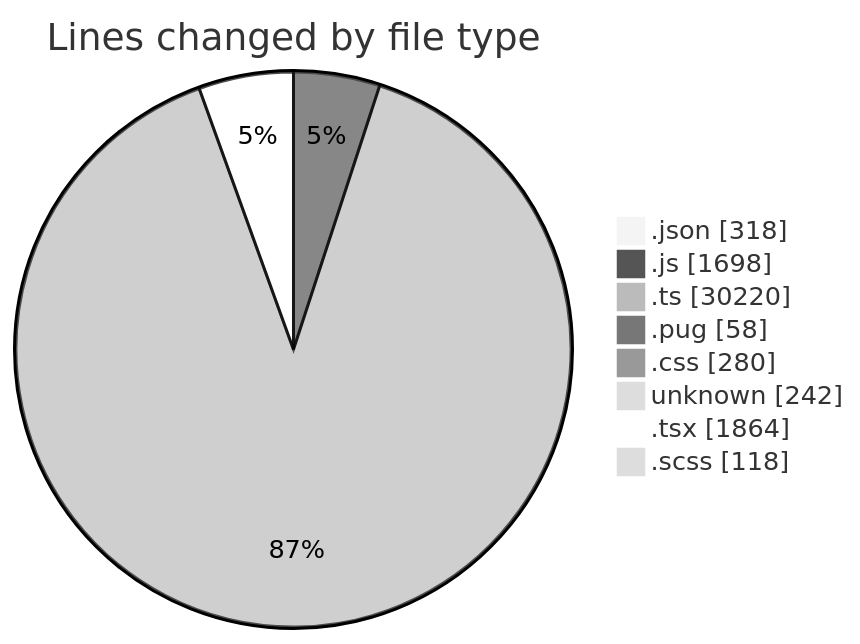
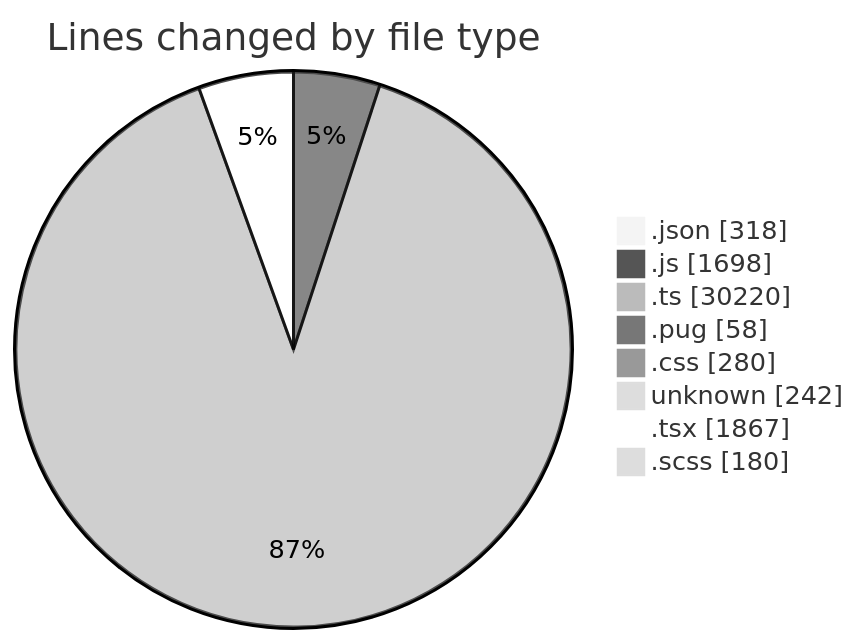
The first of 2 diagrams in 2026-06-02/cda/README.md (momahboobian/code-tracking), drawn with Mermaid (neutral theme) before and after one commit. The commit also changed other lines of this file and 1 other file, not shown here.

````diff
--- a/2026-06-02/cda/README.md
+++ b/2026-06-02/cda/README.md
@@ -66,12 +66,12 @@
 ```mermaid
 pie showData
 title Lines changed by file type
 ".json" : 318
 ".js" : 1698
 ".ts" : 30220
 ".pug" : 58
 ".css" : 280
 "unknown" : 242
-".tsx" : 1864
-".scss" : 118
+".tsx" : 1867
+".scss" : 180
 ```
````
